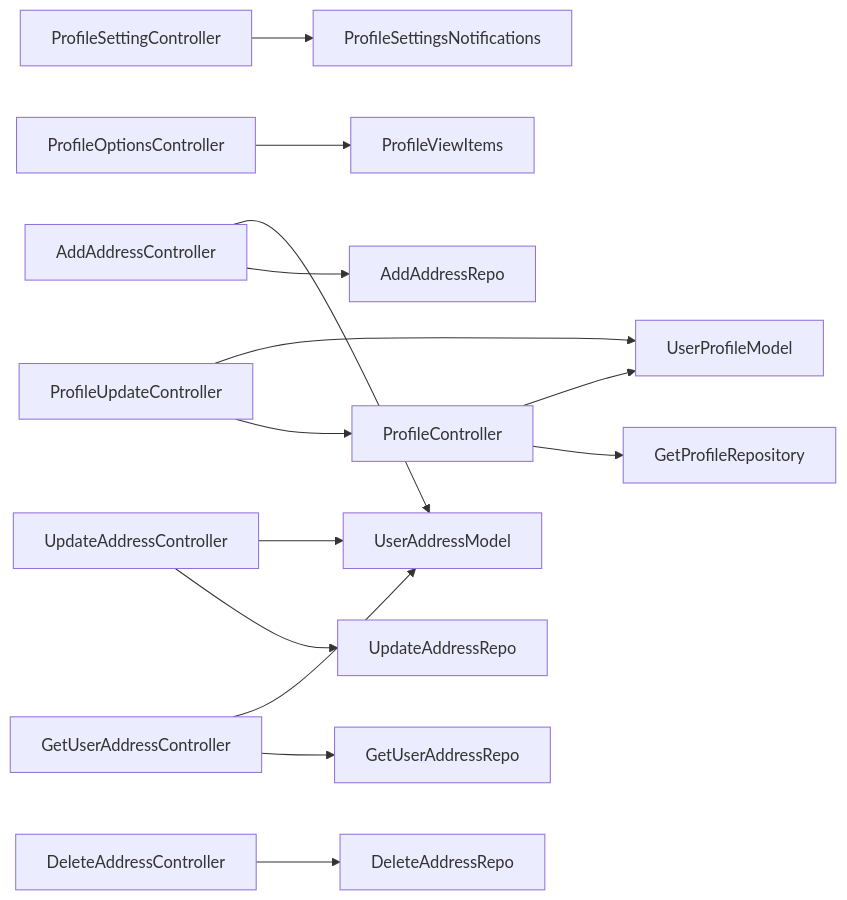
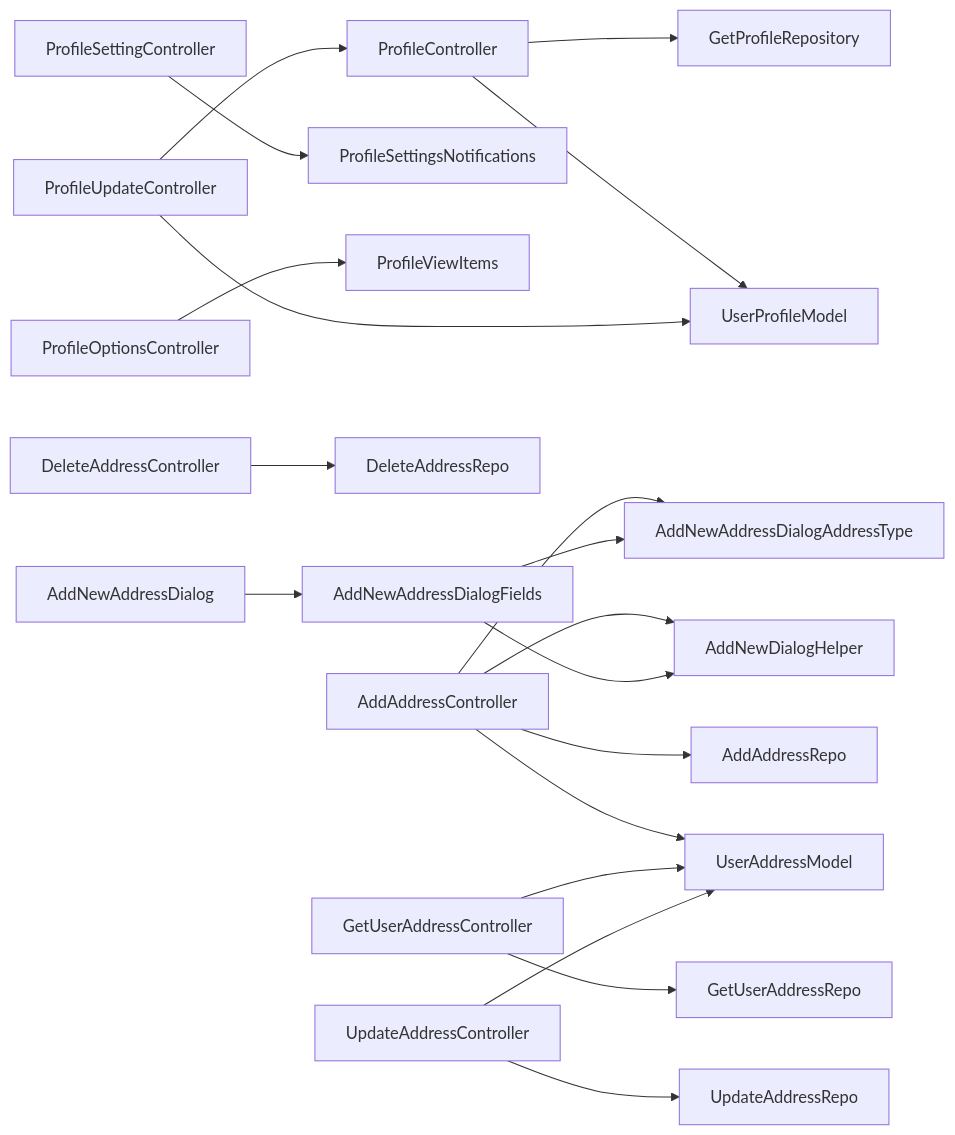
The ninth of 9 diagrams in .qoder/repowiki/en/content/Core Features/User Profile Management/Profile Management.md (Ariful3111/FurniGo), drawn with Mermaid before and after one commit. The commit also changed other lines of this file and 10 other files, not shown here.

````diff
--- a/.qoder/repowiki/en/content/Core Features/User Profile Management/Profile Management.md
+++ b/.qoder/repowiki/en/content/Core Features/User Profile Management/Profile Management.md
@@ -475,16 +541,21 @@
 ```mermaid
 graph LR
 PC["ProfileController"] --> GPR["GetProfileRepository"]
 PC --> UPM["UserProfileModel"]
 PUC["ProfileUpdateController"] --> PC
 PUC --> UPM
 PSC["ProfileSettingController"] --> PSN["ProfileSettingsNotifications"]
 PAC["ProfileOptionsController"] --> PVI["ProfileViewItems"]
 AAC["AddAddressController"] --> AAR["AddAddressRepo"]
 AAC --> UAM["UserAddressModel"]
+AAC --> ANDH["AddNewDialogHelper"]
+AAC --> ANADAT["AddNewAddressDialogAddressType"]
 DAC["DeleteAddressController"] --> DAR["DeleteAddressRepo"]
 GUAC["GetUserAddressController"] --> GUAR["GetUserAddressRepo"]
 GUAC --> UAM
 UAC["UpdateAddressController"] --> UAR["UpdateAddressRepo"]
 UAC --> UAM
+ANAD["AddNewAddressDialog"] --> ANADF["AddNewAddressDialogFields"]
+ANADF --> ANADAT["AddNewAddressDialogAddressType"]
+ANADF --> ANDH["AddNewDialogHelper"]
 ```
````
